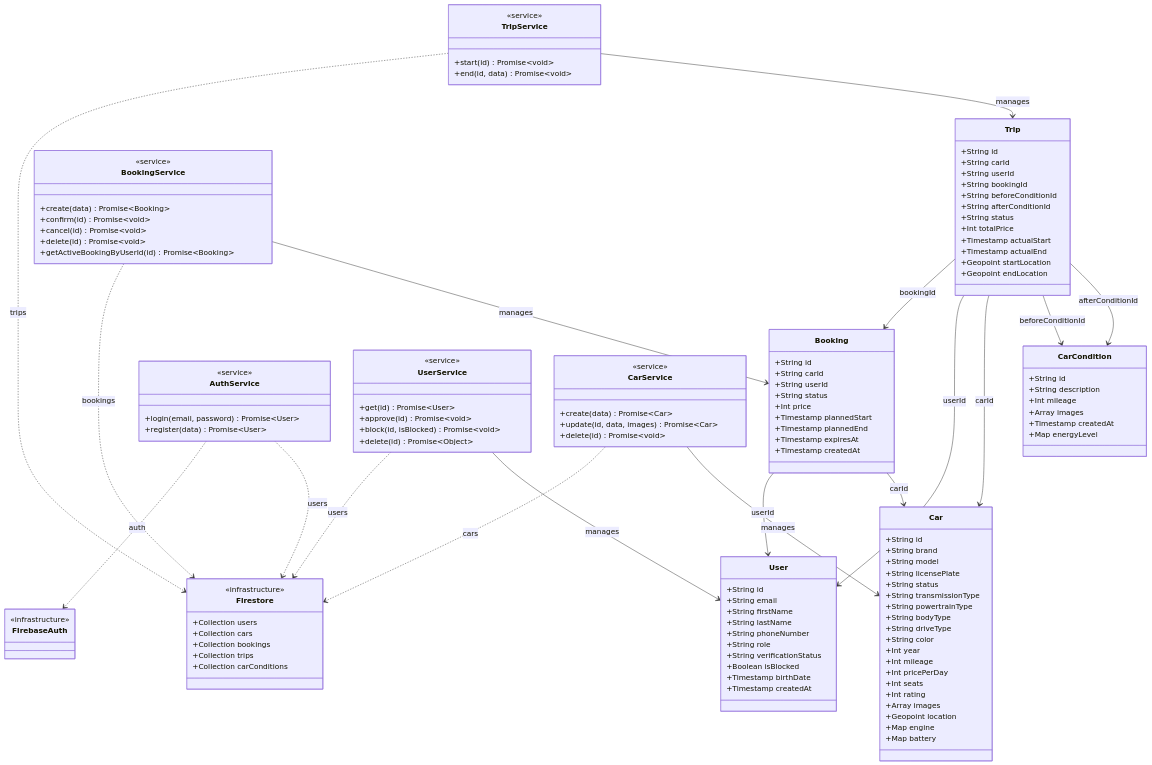
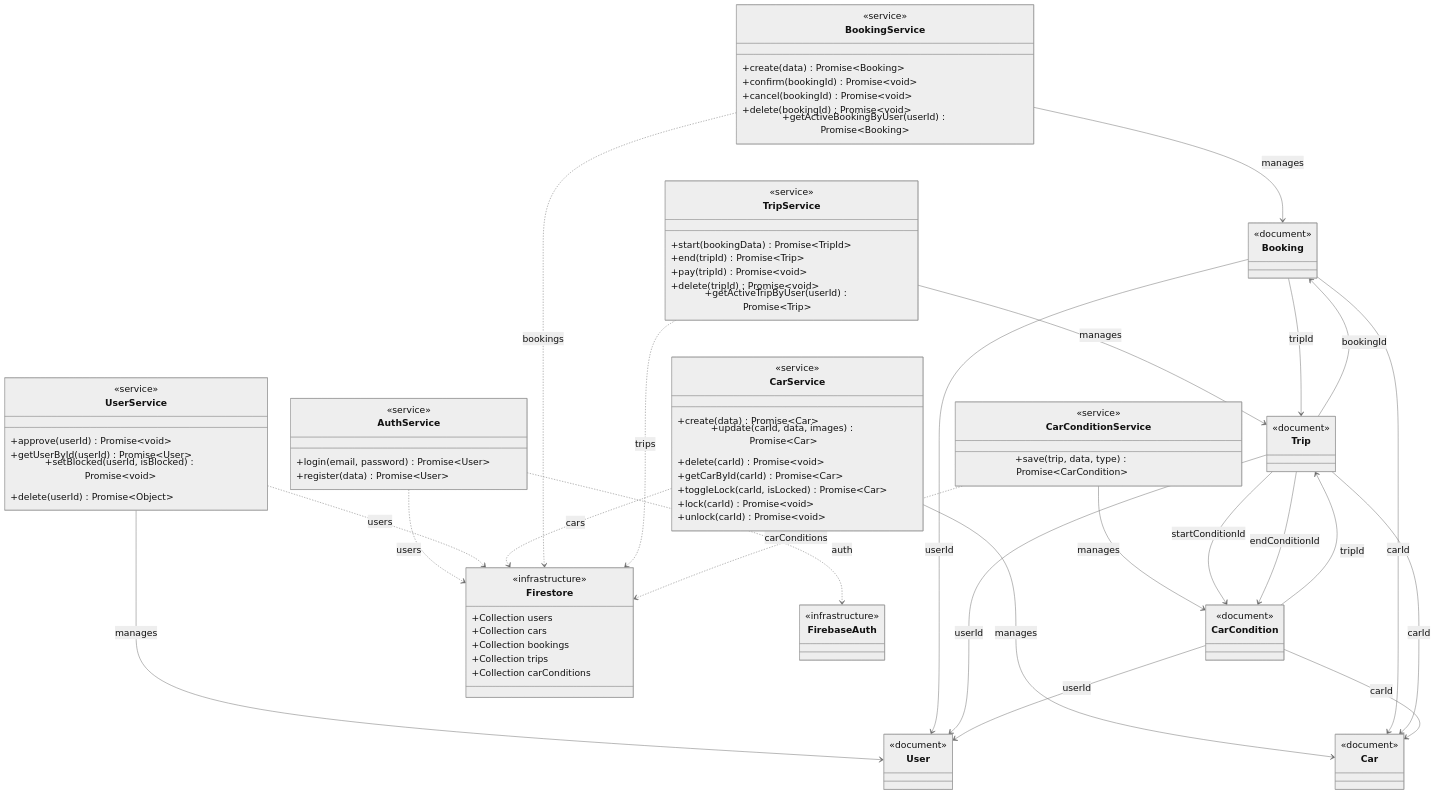
Before and after one commit to rostyslavcheremys/carsharing-admin-panel: the diagram in src/diagrams/dataModelClassDiagram.mmd, drawn with Mermaid. The commit also changed 2 other files, not shown here.

Commit message:
feat: update data model and service methods for Trip and User; refactor parameter names for clarity

```diff
--- a/src/diagrams/dataModelClassDiagram.mmd
+++ b/src/diagrams/dataModelClassDiagram.mmd
@@ -1,143 +1,119 @@
+---
+config:
+  theme: neutral
+  look: classic
+  themeVariables:
+    fontSize: 20px
+---
+
 classDiagram
-    direction TB
 
     class User {
-        +String id
-        +String email
-        +String firstName
-        +String lastName
-        +String phoneNumber
-        +String role
-        +String verificationStatus
-        +Boolean isBlocked
-        +Timestamp birthDate
-        +Timestamp createdAt
+        <<document>>
     }
 
     class Car {
-        +String id
-        +String brand
-        +String model
-        +String licensePlate
-        +String status
-        +String transmissionType
-        +String powertrainType
-        +String bodyType
-        +String driveType
-        +String color
-        +Int year
-        +Int mileage
-        +Int pricePerDay
-        +Int seats
-        +Int rating
-        +Array images
-        +Geopoint location
-        +Map engine
-        +Map battery
+        <<document>>
     }
 
     class Booking {
-        +String id
-        +String carId
-        +String userId
-        +String status
-        +Int price
-        +Timestamp plannedStart
-        +Timestamp plannedEnd
-        +Timestamp expiresAt
-        +Timestamp createdAt
+        <<document>>
     }
 
     class Trip {
-        +String id
-        +String carId
-        +String userId
-        +String bookingId
-        +String beforeConditionId
-        +String afterConditionId
-        +String status
-        +Int totalPrice
-        +Timestamp actualStart
-        +Timestamp actualEnd
-        +Geopoint startLocation
-        +Geopoint endLocation
+        <<document>>
     }
 
     class CarCondition {
-        +String id
-        +String description
-        +Int mileage
-        +Array images
-        +Timestamp createdAt
-        +Map energyLevel
+        <<document>>
     }
 
     class AuthService {
         <<service>>
         +login(email, password) Promise~User~
         +register(data) Promise~User~
     }
 
     class UserService {
         <<service>>
-        +get(id) Promise~User~
-        +approve(id) Promise~void~
-        +block(id, isBlocked) Promise~void~
-        +delete(id) Promise~Object~
+        +approve(userId) Promise~void~
+        +getUserById(userId) Promise~User~
+        +setBlocked(userId, isBlocked) Promise~void~
+        +delete(userId) Promise~Object~
     }
 
     class CarService {
         <<service>>
         +create(data) Promise~Car~
-        +update(id, data, images) Promise~Car~
-        +delete(id) Promise~void~
+        +update(carId, data, images) Promise~Car~
+        +delete(carId) Promise~void~
+        +getCarById(carId) Promise~Car~
+        +toggleLock(carId, isLocked) Promise~Car~
+        +lock(carId) Promise~void~
+        +unlock(carId) Promise~void~
     }
 
     class BookingService {
         <<service>>
         +create(data) Promise~Booking~
-        +confirm(id) Promise~void~
-        +cancel(id) Promise~void~
-        +delete(id) Promise~void~
-        +getActiveBookingByUserId(id) Promise~Booking~
+        +confirm(bookingId) Promise~void~
+        +cancel(bookingId) Promise~void~
+        +delete(bookingId) Promise~void~
+        +getActiveBookingByUser(userId) Promise~Booking~
     }
 
     class TripService {
         <<service>>
-        +start(id) Promise~void~
-        +end(id, data) Promise~void~
+        +start(bookingData) Promise~TripId~
+        +end(tripId) Promise~Trip~
+        +pay(tripId) Promise~void~
+        +delete(tripId) Promise~void~
+        +getActiveTripByUser(userId) Promise~Trip~
+    }
+
+    class CarConditionService {
+        <<service>>
+        +save(trip, data, type) Promise~CarCondition~
     }
 
     class Firestore {
         <<infrastructure>>
         +Collection users
         +Collection cars
         +Collection bookings
         +Collection trips
         +Collection carConditions
     }
 
     class FirebaseAuth {
         <<infrastructure>>
     }
 
     AuthService ..> FirebaseAuth : auth
     AuthService ..> Firestore : users
 
     UserService ..> Firestore : users
     CarService ..> Firestore : cars
     BookingService ..> Firestore : bookings
     TripService ..> Firestore : trips
+    CarConditionService ..> Firestore : carConditions
 
     UserService --> User : manages
     CarService --> Car : manages
     BookingService --> Booking : manages
     TripService --> Trip : manages
+    CarConditionService --> CarCondition : manages
 
     Booking --> User : userId
     Booking --> Car : carId
+    Booking --> Trip : tripId
+
     Trip --> Booking : bookingId
     Trip --> User : userId
     Trip --> Car : carId
-    Trip --> CarCondition : beforeConditionId
-    Trip --> CarCondition : afterConditionId
+    Trip --> CarCondition : startConditionId
+    Trip --> CarCondition : endConditionId
+
+    CarCondition --> User : userId
+    CarCondition --> Car : carId
+    CarCondition --> Trip : tripId
```
